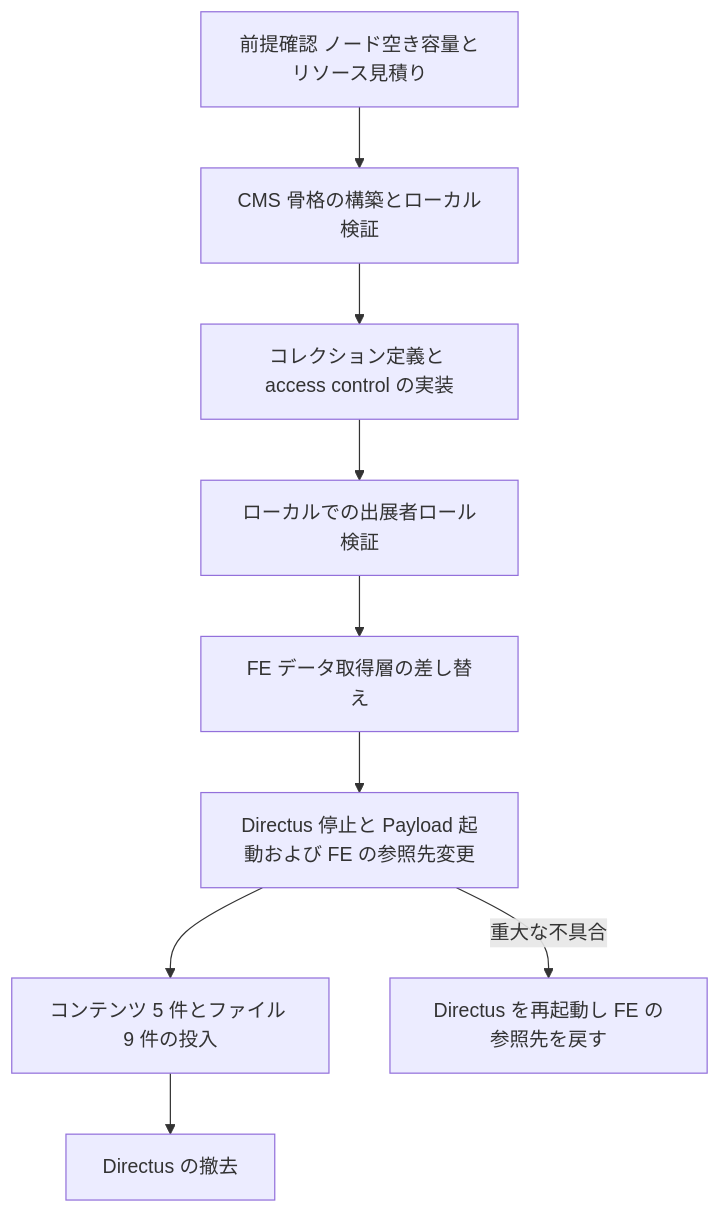
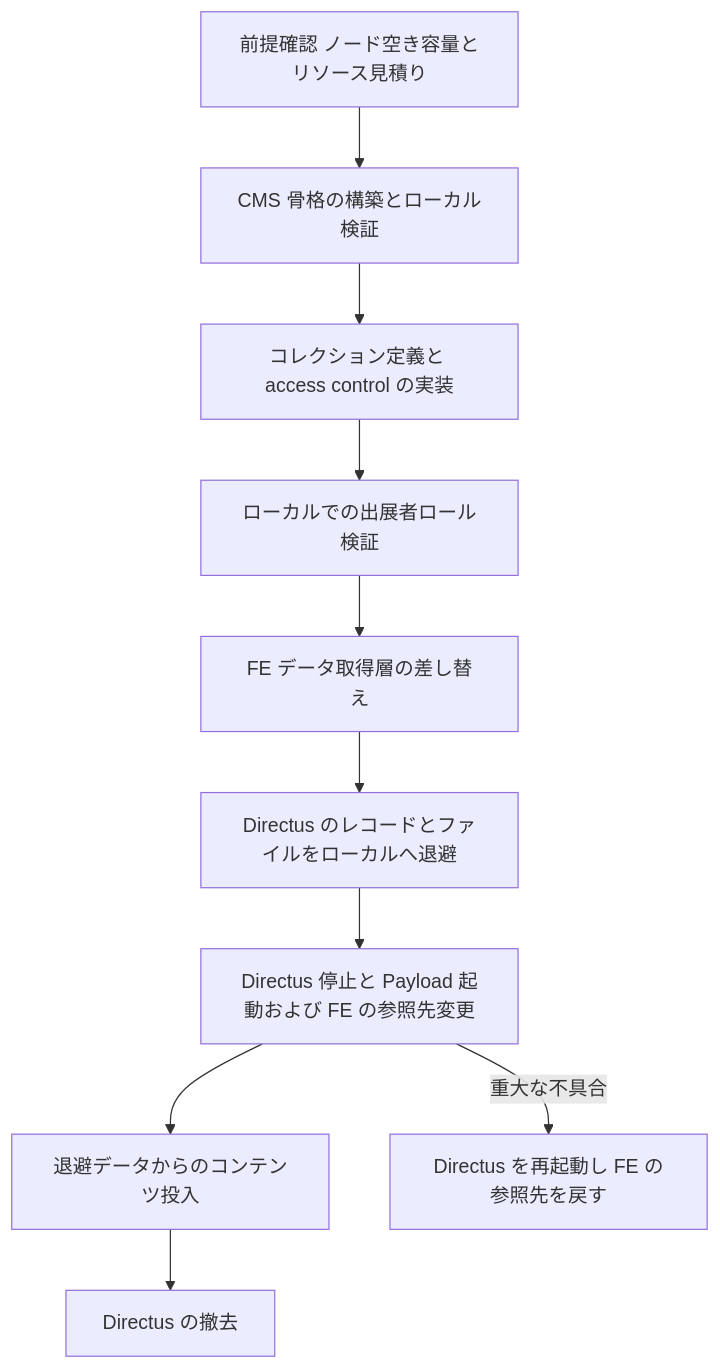
One commit to aramakisai/aramakisai-web changed the fourth of 4 diagrams in .kiro/specs/payload-cms-migration/design.md. Above: the diagram before and after it, drawn with Mermaid. The commit also changed other lines of this file and 17 other files, not shown here.

````diff
--- a/.kiro/specs/payload-cms-migration/design.md
+++ b/.kiro/specs/payload-cms-migration/design.md
@@ -1032,11 +1034,12 @@
 ```mermaid
 flowchart TB
     P0[前提確認 ノード空き容量とリソース見積り] --> P1[CMS 骨格の構築とローカル検証]
     P1 --> P2[コレクション定義と access control の実装]
     P2 --> P3[ローカルでの出展者ロール検証]
     P3 --> P4[FE データ取得層の差し替え]
-    P4 --> P5[Directus 停止と Payload 起動および FE の参照先変更]
-    P5 --> P6[コンテンツ 5 件とファイル 9 件の投入]
+    P4 --> PX[Directus のレコードとファイルをローカルへ退避]
+    PX --> P5[Directus 停止と Payload 起動および FE の参照先変更]
+    P5 --> P6[退避データからのコンテンツ投入]
     P6 --> P7[Directus の撤去]
     P5 -->|重大な不具合| RB[Directus を再起動し FE の参照先を戻す]
 ```
````
